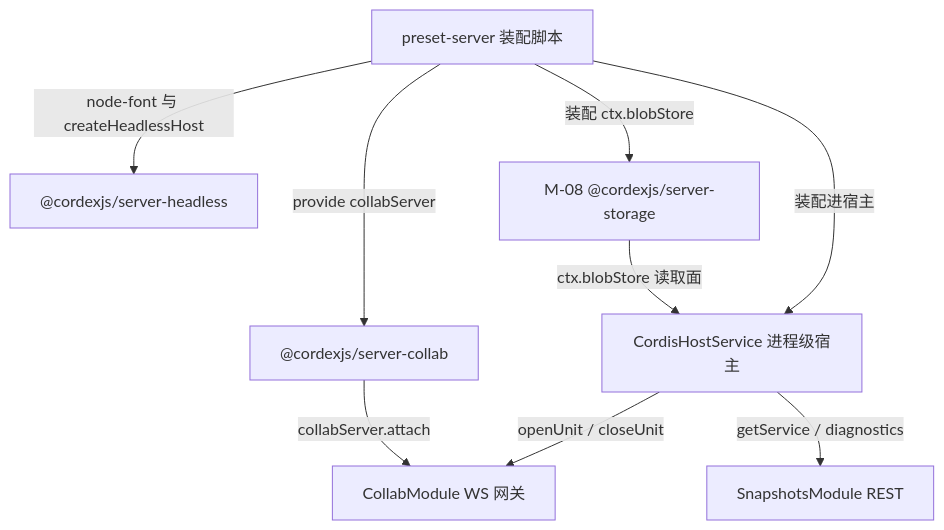
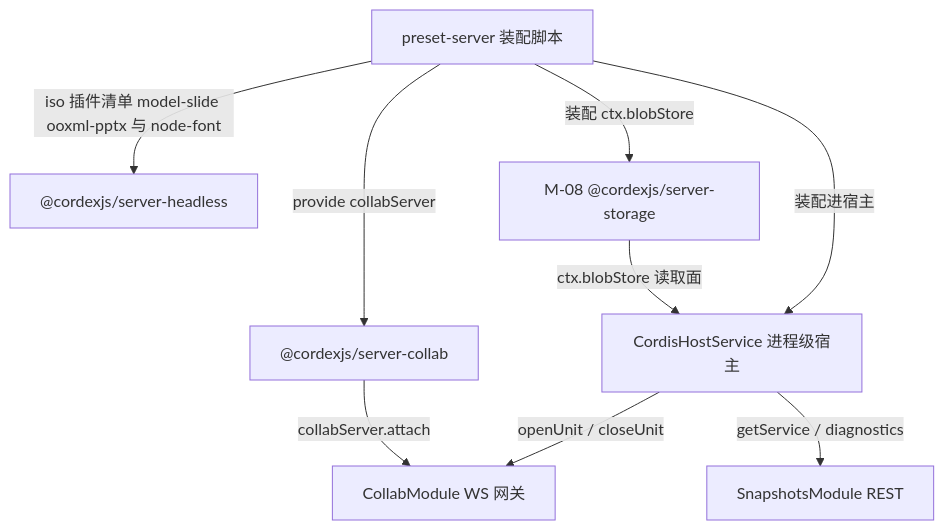
The fourth of 11 diagrams in docs/40-modules/09-server-collab-gateway-and-headless-host.md (Xeonice/cordis-ppt-editor), drawn with Mermaid before and after one commit. The commit also changed other lines of this file and 22 other files, not shown here.

First line of the commit message:
docs(modules): 新增架构图集 18/19，补图并按 §4.18 回写模块设计线

````diff
--- a/docs/40-modules/09-server-collab-gateway-and-headless-host.md
+++ b/docs/40-modules/09-server-collab-gateway-and-headless-host.md
@@ -277,18 +320,18 @@
 ```mermaid
 flowchart TB
 presetServer["preset-server 装配脚本"]
 hostSvc["CordisHostService 进程级宿主"]
 collabPkg["@cordexjs/server-collab"]
 headlessPkg["@cordexjs/server-headless"]
 storagePkg["M-08 @cordexjs/server-storage"]
 collabModule["CollabModule WS 网关"]
 snapshotsModule["SnapshotsModule REST"]
 presetServer -- "装配进宿主" --> hostSvc
 presetServer -- "provide collabServer" --> collabPkg
-presetServer -- "node-font 与 createHeadlessHost" --> headlessPkg
+presetServer -- "iso 插件清单 model-slide ooxml-pptx 与 node-font" --> headlessPkg
 presetServer -- "装配 ctx.blobStore" --> storagePkg
 hostSvc -- "openUnit / closeUnit" --> collabModule
 hostSvc -- "getService / diagnostics" --> snapshotsModule
 collabPkg -- "collabServer.attach" --> collabModule
 storagePkg -- "ctx.blobStore 读取面" --> hostSvc
 ```
````
